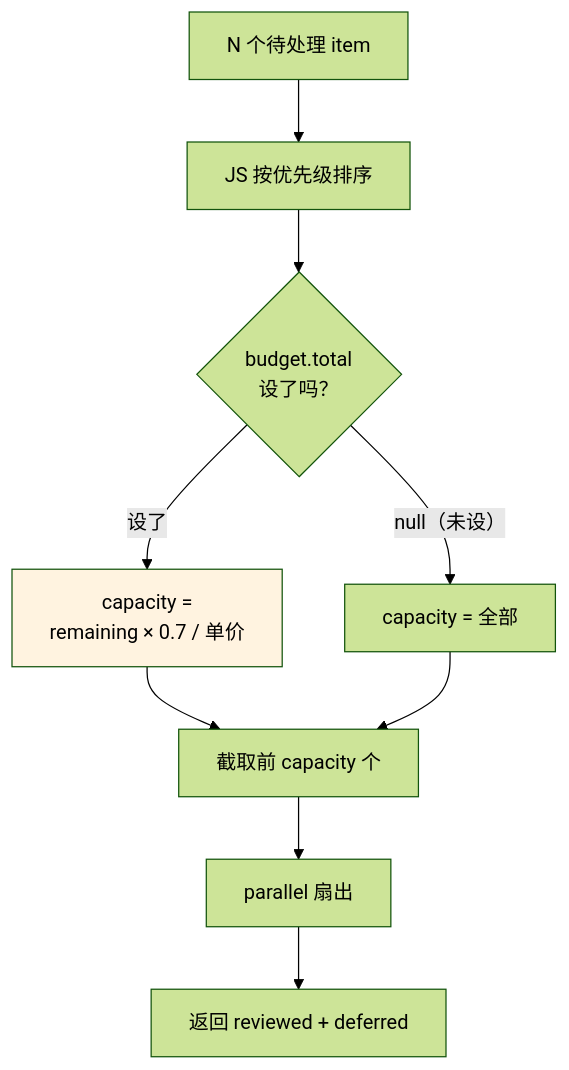
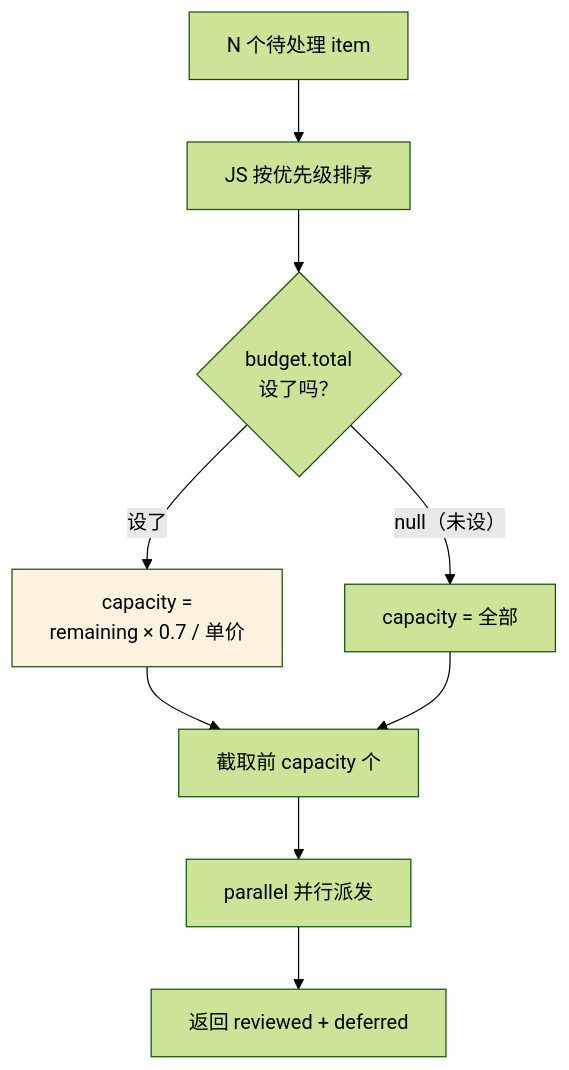
Before and after one commit to AGI-is-going-to-arrive/workflow-cookbook: the second of 3 diagrams in docs/zh/p4-21-budget-scaling.md, drawn with Mermaid (forest theme). The commit also changed other lines of this file and 78 other files, not shown here.

````diff
--- a/docs/zh/p4-21-budget-scaling.md
+++ b/docs/zh/p4-21-budget-scaling.md
@@ -158,13 +158,13 @@
 ```mermaid
 flowchart TD
     Items["N 个待处理 item"]
     Items --> Rank["JS 按优先级排序"]
     Rank --> Cap{"budget.total<br/>设了吗？"}
     Cap -->|"设了"| Calc["capacity =<br/>remaining × 0.7 / 单价"]
     Cap -->|"null（未设）"| All["capacity = 全部"]
     Calc --> Slice["截取前 capacity 个"]
     All --> Slice
-    Slice --> Fan["parallel 扇出"]
+    Slice --> Fan["parallel 并行派发"]
     Fan --> Ret["返回 reviewed + deferred"]
     style Calc fill:#fff3e0
 ```
````
